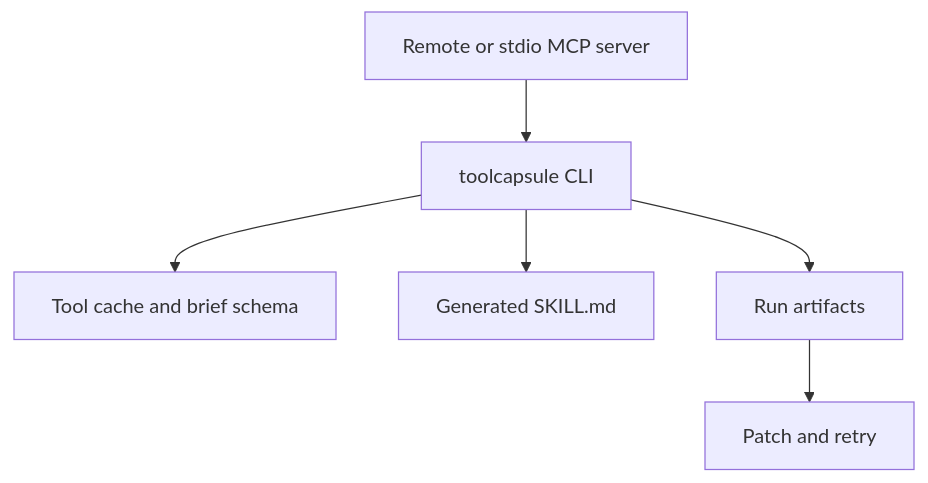
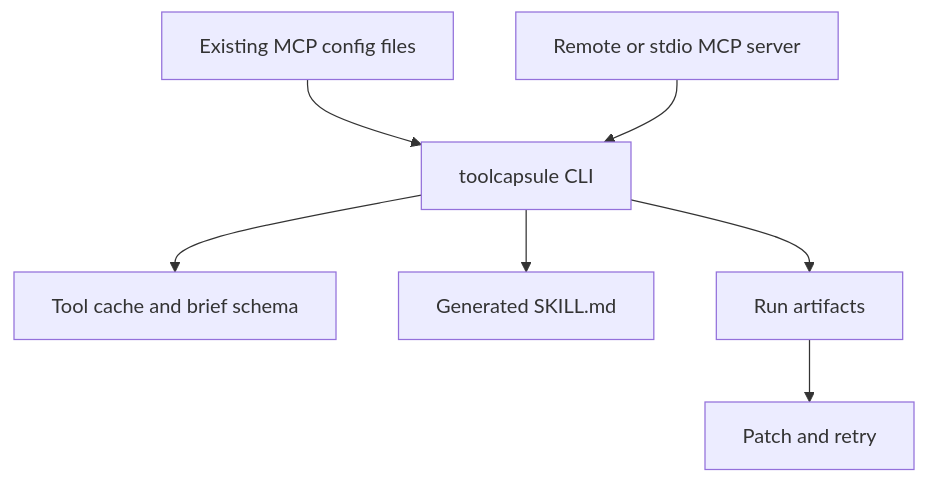
Before and after one commit to RainSunMe/toolcapsule: the diagram in docs/architecture.md, drawn with Mermaid. The commit also changed other lines of this file and 18 other files, not shown here.

Commit message:
Add MCP config import

````diff
--- a/docs/architecture.md
+++ b/docs/architecture.md
@@ -3,8 +3,9 @@
 ```mermaid
 flowchart TD
+  Z[Existing MCP config files] --> B[toolcapsule CLI]
   A[Remote or stdio MCP server] --> B[toolcapsule CLI]
   B --> C[Tool cache and brief schema]
   B --> D[Generated SKILL.md]
   B --> E[Run artifacts]
   E --> F[Patch and retry]
 ```
````
